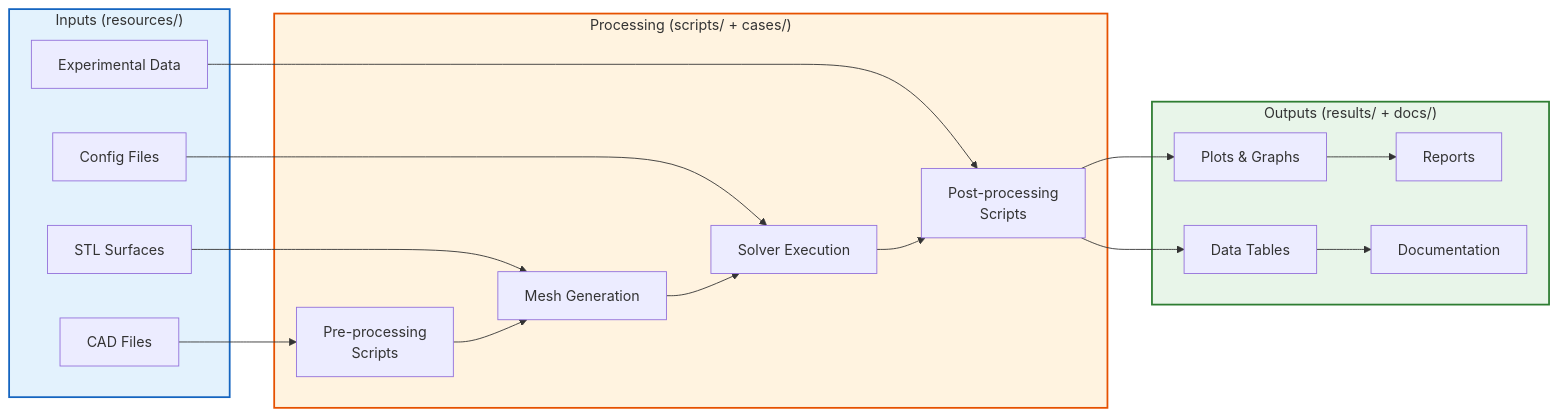
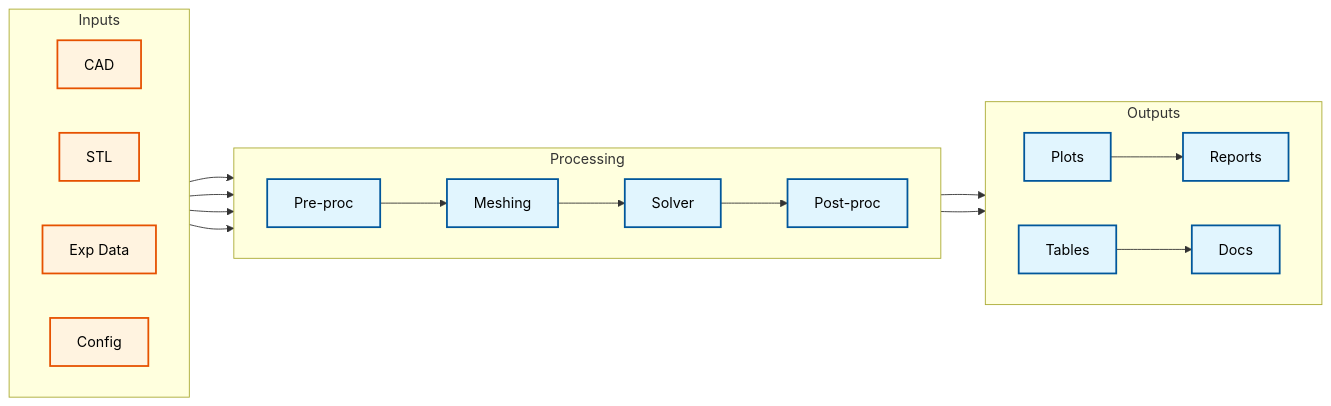
One commit to wramet/build-my-cfd changed the fourth of 4 diagrams in MODULE_07_UTILITIES_AUTOMATION/CONTENT/07_PROFESSIONAL_PRACTICE/01_Project_Organization.md. Above: the diagram before and after it, drawn with Mermaid. The commit also changed other lines of this file and 313 other files, not shown here.

Commit message:
Revise all diagram

````diff
--- a/MODULE_07_UTILITIES_AUTOMATION/CONTENT/07_PROFESSIONAL_PRACTICE/01_Project_Organization.md
+++ b/MODULE_07_UTILITIES_AUTOMATION/CONTENT/07_PROFESSIONAL_PRACTICE/01_Project_Organization.md
@@ -1170,41 +1159,43 @@
 ```mermaid
 flowchart LR
-    subgraph INPUTS["Inputs (resources/)"]
-        CAD["CAD Files"]
-        STL["STL Surfaces"]
-        EXP["Experimental Data"]
-        CFG["Config Files"]
-    end
+classDef implicit fill:#e1f5fe,stroke:#01579b,stroke-width:2px,color:#000
+classDef explicit fill:#fff3e0,stroke:#e65100,stroke-width:2px,color:#000
+classDef context fill:#f5f5f5,stroke:#616161,stroke-width:1px,color:#000,stroke-dasharray: 5 5
 
-    subgraph PROCESS["Processing (scripts/ + cases/)"]
-        PRE["Pre-processing<br/>Scripts"]
-        MESH["Mesh Generation"]
-        SOLV["Solver Execution"]
-        POST["Post-processing<br/>Scripts"]
-    end
+subgraph INPUTS[Inputs]
+    direction LR
+    CAD[CAD]:::explicit
+    STL[STL]:::explicit
+    EXP[Exp Data]:::explicit
+    CFG[Config]:::explicit
+end
 
-    subgraph OUTPUTS["Outputs (results/ + docs/)"]
-        PLOTS["Plots & Graphs"]
-        TABS["Data Tables"]
-        REPS["Reports"]
-        DOCS["Documentation"]
-    end
+subgraph PROCESS[Processing]
+    direction LR
+    PRE[Pre-proc]:::implicit
+    MESH[Meshing]:::implicit
+    SOLV[Solver]:::implicit
+    POST[Post-proc]:::implicit
+end
 
-    CAD --> PRE
-    STL --> MESH
-    CFG --> SOLV
-    EXP --> POST
+subgraph OUTPUTS[Outputs]
+    direction LR
+    PLOTS[Plots]:::implicit
+    TABS[Tables]:::implicit
+    REPS[Reports]:::implicit
+    DOCS[Docs]:::implicit
+end
 
-    PRE --> MESH
-    MESH --> SOLV
-    SOLV --> POST
+CAD --> PRE
+STL --> MESH
+CFG --> SOLV
+EXP --> POST
 
-    POST --> PLOTS
-    POST --> TABS
-    PLOTS --> REPS
-    TABS --> DOCS
+PRE --> MESH
+MESH --> SOLV
+SOLV --> POST
 
-    style INPUTS fill:#e3f2fd,stroke:#1565c0,stroke-width:2px
-    style PROCESS fill:#fff3e0,stroke:#e65100,stroke-width:2px
-    style OUTPUTS fill:#e8f5e9,stroke:#2e7d32,stroke-width:2px
+POST --> PLOTS & TABS
+PLOTS --> REPS
+TABS --> DOCS
 ```
````
